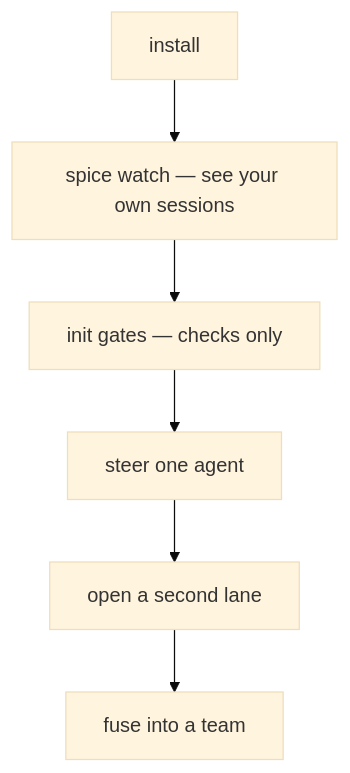
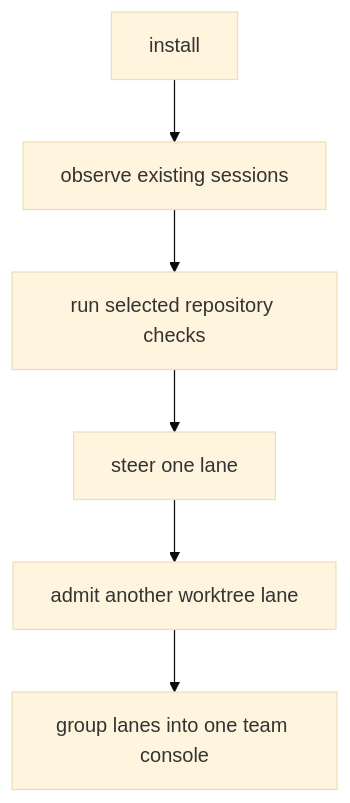
Before and after one commit to infimalabs/spice-rust: the second of 6 diagrams in docs/product/model/failures.md, drawn with Mermaid (base theme). The commit also changed other lines of this file and 71 other files, not shown here.

````diff
--- a/docs/product/model/failures.md
+++ b/docs/product/model/failures.md
@@ -60,8 +73,8 @@
 ```mermaid
 flowchart TD
-  A["install"] --> B["spice watch — see your own sessions"]
-  B --> C["init gates — checks only"]
-  C --> D["steer one agent"]
-  D --> E["open a second lane"]
-  E --> F["fuse into a team"]
+  A["install"] --> B["observe existing sessions"]
+  B --> C["run selected repository checks"]
+  C --> D["steer one lane"]
+  D --> E["admit another worktree lane"]
+  E --> F["group lanes into one team console"]
 ```
````
